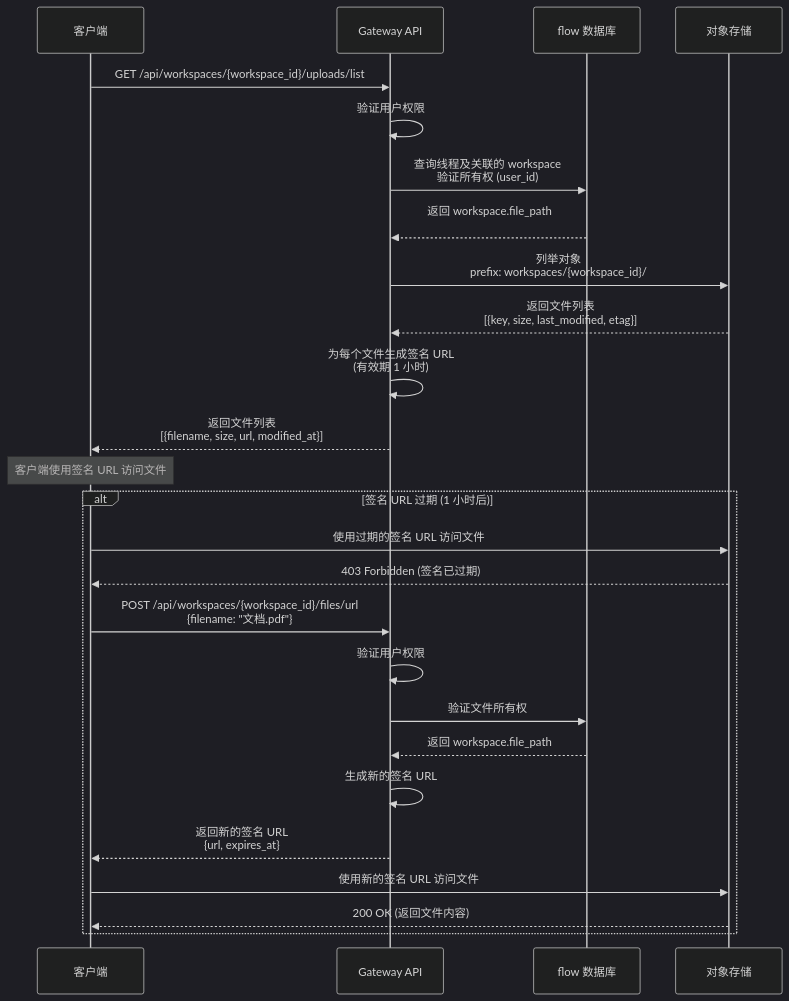
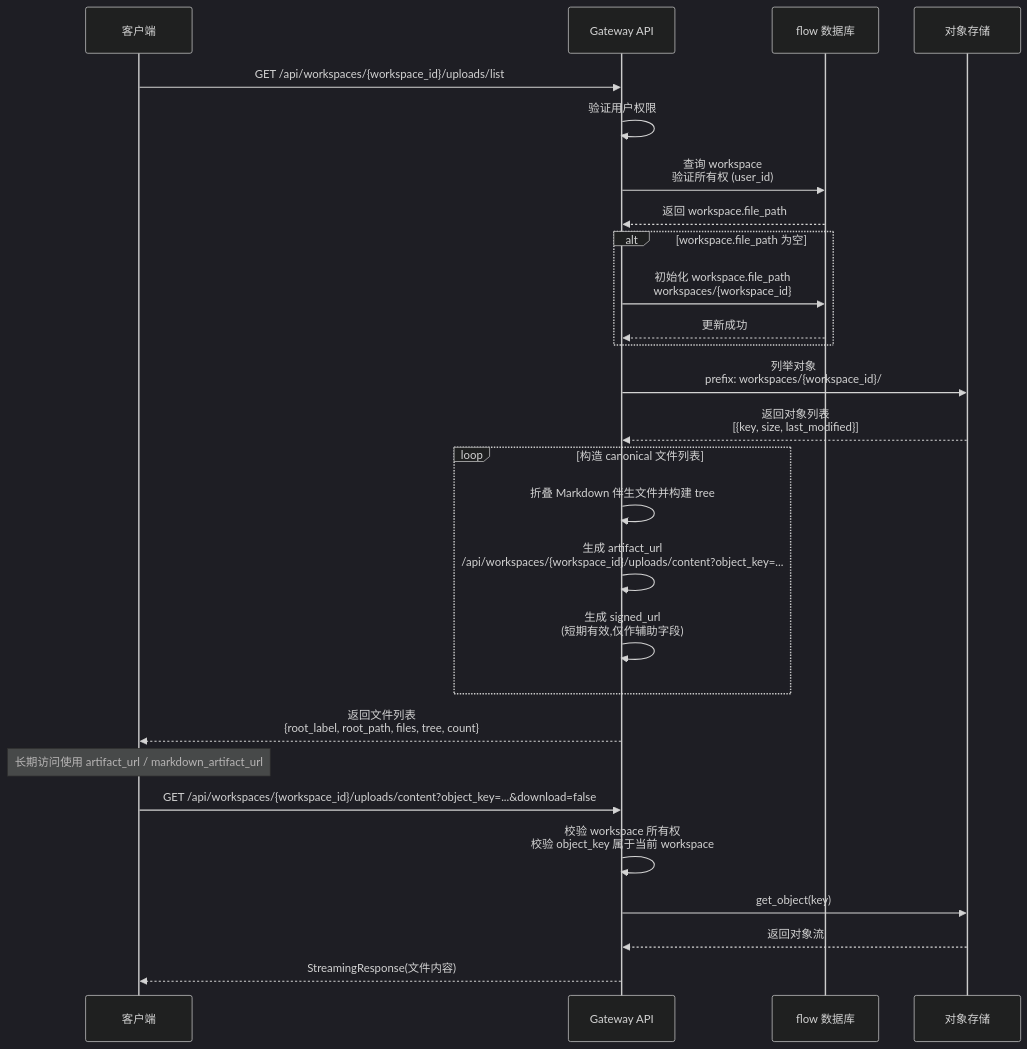
Before and after one commit to early-chinese-civilization/deer-flow: the fourth of 15 diagrams in DeerFlow接口时序图.md, drawn with Mermaid (dark theme). The commit also changed other lines of this file, not shown here.

Commit message:
docs: 更新 OSS 文件上传与访问时序图

````diff
--- a/DeerFlow接口时序图.md
+++ b/DeerFlow接口时序图.md
@@ -124,37 +133,37 @@
 ```mermaid
 sequenceDiagram
     participant Client as 客户端
     participant Gateway as Gateway API
     participant FlowDB as flow 数据库
     participant OSS as 对象存储
     
     Client->>Gateway: GET /api/workspaces/{workspace_id}/uploads/list
     Gateway->>Gateway: 验证用户权限
-    
-    Gateway->>FlowDB: 查询线程及关联的 workspace<br/>验证所有权 (user_id)
-    FlowDB-->>Gateway: 返回 workspace.file_path<br/>
-    
+
+    Gateway->>FlowDB: 查询 workspace<br/>验证所有权 (user_id)
+    FlowDB-->>Gateway: 返回 workspace.file_path
+
+    alt workspace.file_path 为空
+        Gateway->>FlowDB: 初始化 workspace.file_path<br/>workspaces/{workspace_id}
+        FlowDB-->>Gateway: 更新成功
+    end
+
     Gateway->>OSS: 列举对象<br/>prefix: workspaces/{workspace_id}/
-    OSS-->>Gateway: 返回文件列表<br/>[{key, size, last_modified, etag}]
-    
-    Gateway->>Gateway: 为每个文件生成签名 URL<br/>(有效期 1 小时)
-    
-    Gateway-->>Client: 返回文件列表<br/>[{filename, size, url, modified_at}]
-    
-    Note over Client: 客户端使用签名 URL 访问文件
-    
-    alt 签名 URL 过期 (1 小时后)
-        Client->>OSS: 使用过期的签名 URL 访问文件
-        OSS-->>Client: 403 Forbidden (签名已过期)
-        
-        Client->>Gateway: POST /api/workspaces/{workspace_id}/files/url<br/>{filename: "文档.pdf"}
-        Gateway->>Gateway: 验证用户权限
-        Gateway->>FlowDB: 验证文件所有权
-        FlowDB-->>Gateway: 返回 workspace.file_path
-        Gateway->>Gateway: 生成新的签名 URL
-        Gateway-->>Client: 返回新的签名 URL<br/>{url, expires_at}
-        
-        Client->>OSS: 使用新的签名 URL 访问文件
-        OSS-->>Client: 200 OK (返回文件内容)
+    OSS-->>Gateway: 返回对象列表<br/>[{key, size, last_modified}]
+
+    loop 构造 canonical 文件列表
+        Gateway->>Gateway: 折叠 Markdown 伴生文件并构建 tree
+        Gateway->>Gateway: 生成 artifact_url<br/>/api/workspaces/{workspace_id}/uploads/content?object_key=...
+        Gateway->>Gateway: 生成 signed_url<br/>(短期有效,仅作辅助字段)
     end
+
+    Gateway-->>Client: 返回文件列表<br/>{root_label, root_path, files, tree, count}
+
+    Note over Client: 长期访问使用 artifact_url / markdown_artifact_url
+
+    Client->>Gateway: GET /api/workspaces/{workspace_id}/uploads/content?object_key=...&download=false
+    Gateway->>Gateway: 校验 workspace 所有权<br/>校验 object_key 属于当前 workspace
+    Gateway->>OSS: get_object(key)
+    OSS-->>Gateway: 返回对象流
+    Gateway-->>Client: StreamingResponse(文件内容)
 ```
````
